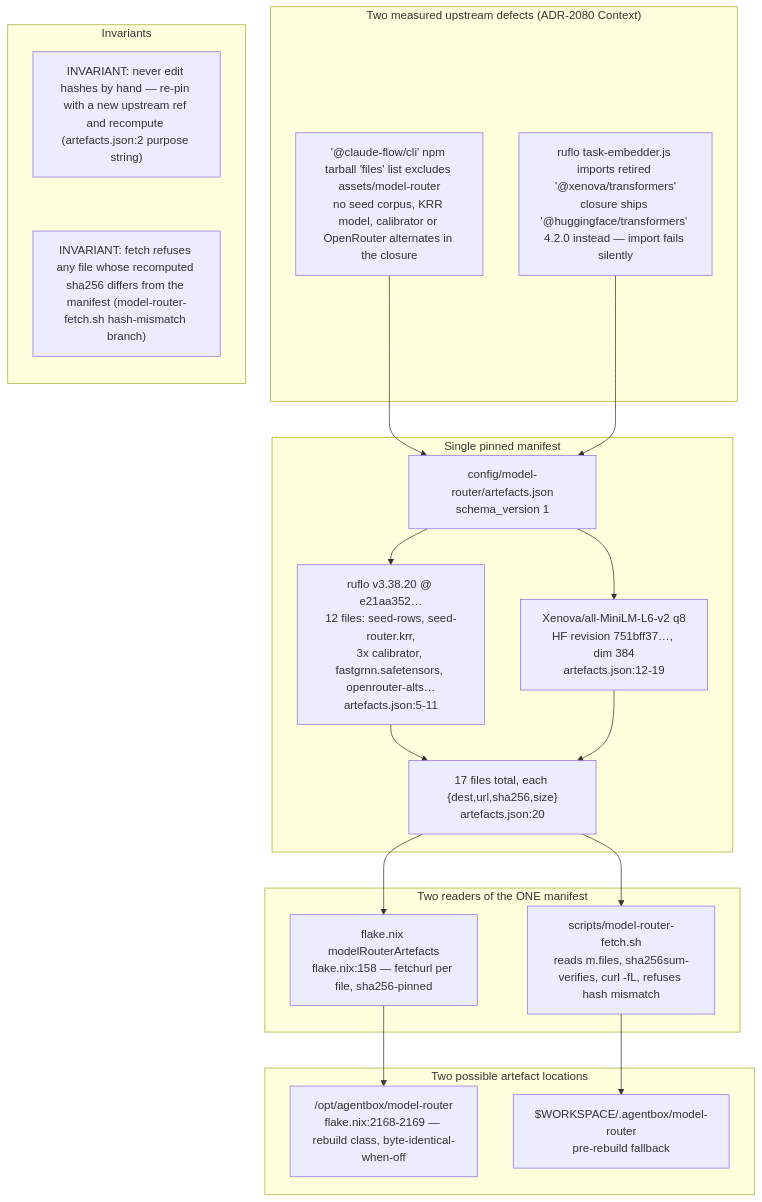
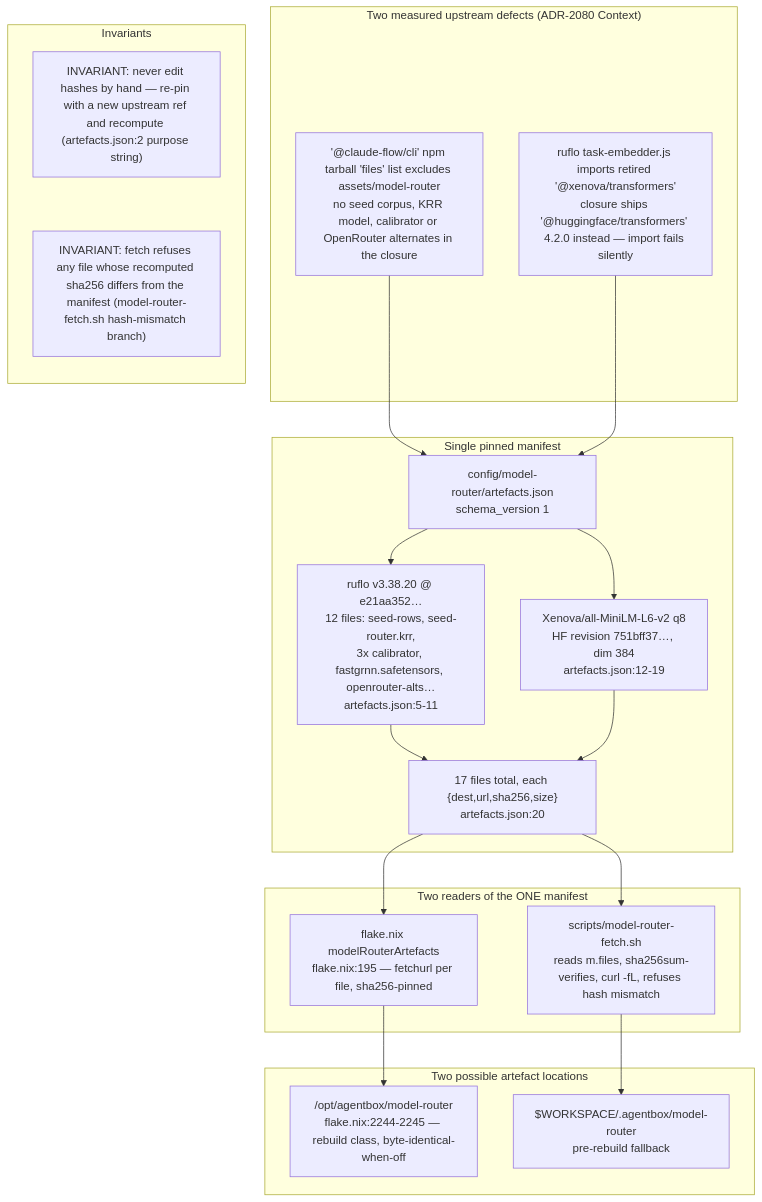
Before and after one commit to DreamLab-AI/VisionFlow: the first of 9 diagrams in docs/diagrams/agentbox/29-metaharness-router-console.md, drawn with Mermaid. The commit also changed other lines of this file and 160 other files, not shown here.

````diff
--- a/docs/diagrams/agentbox/29-metaharness-router-console.md
+++ b/docs/diagrams/agentbox/29-metaharness-router-console.md
@@ -28,33 +30,33 @@
 ```mermaid
 flowchart TB
     subgraph gap["Two measured upstream defects (ADR-2080 Context)"]
         T1["'@claude-flow/cli' npm tarball 'files' list excludes assets/model-router<br/>no seed corpus, KRR model, calibrator or OpenRouter alternates in the closure"]
         T2["ruflo task-embedder.js imports retired '@xenova/transformers'<br/>closure ships '@huggingface/transformers' 4.2.0 instead — import fails silently"]
     end
     subgraph manifest["Single pinned manifest"]
         ART["config/model-router/artefacts.json<br/>schema_version 1"]
         RUFLO["ruflo v3.38.20 @ e21aa352…<br/>12 files: seed-rows, seed-router.krr,<br/>3x calibrator, fastgrnn.safetensors, openrouter-alts…<br/>artefacts.json:5-11"]
         EMB["Xenova/all-MiniLM-L6-v2 q8<br/>HF revision 751bff37…, dim 384<br/>artefacts.json:12-19"]
         FILES["17 files total, each {dest,url,sha256,size}<br/>artefacts.json:20"]
     end
     subgraph readers["Two readers of the ONE manifest"]
-        NIX["flake.nix modelRouterArtefacts<br/>flake.nix:158 — fetchurl per file, sha256-pinned"]
+        NIX["flake.nix modelRouterArtefacts<br/>flake.nix:195 — fetchurl per file, sha256-pinned"]
         FETCH["scripts/model-router-fetch.sh<br/>reads m.files, sha256sum-verifies, curl -fL, refuses hash mismatch"]
     end
     subgraph outputs["Two possible artefact locations"]
-        BAKED["/opt/agentbox/model-router<br/>flake.nix:2168-2169 — rebuild class, byte-identical-when-off"]
+        BAKED["/opt/agentbox/model-router<br/>flake.nix:2244-2245 — rebuild class, byte-identical-when-off"]
         FALLBACK["$WORKSPACE/.agentbox/model-router<br/>pre-rebuild fallback"]
     end
     T1 --> ART
     T2 --> ART
     ART --> RUFLO --> FILES
     ART --> EMB --> FILES
     FILES --> NIX --> BAKED
     FILES --> FETCH --> FALLBACK
     subgraph notes["Invariants"]
         direction TB
         N1["INVARIANT: never edit hashes by hand — re-pin with a new upstream ref and recompute (artefacts.json:2 purpose string)"]
         N2["INVARIANT: fetch refuses any file whose recomputed sha256 differs from the manifest (model-router-fetch.sh hash-mismatch branch)"]
         N1 ~~~ N2
     end
 ```
````
